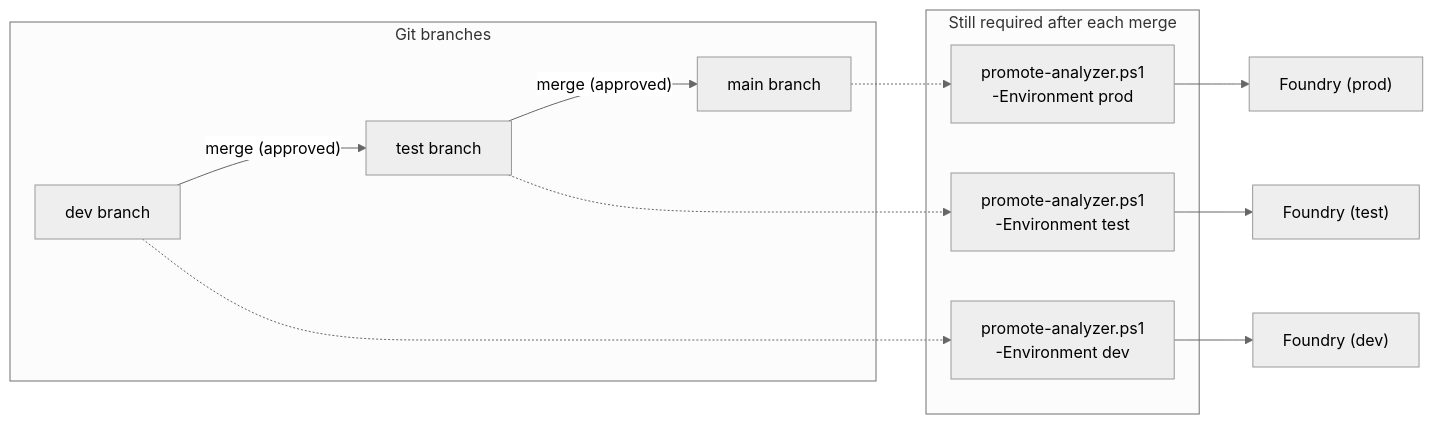
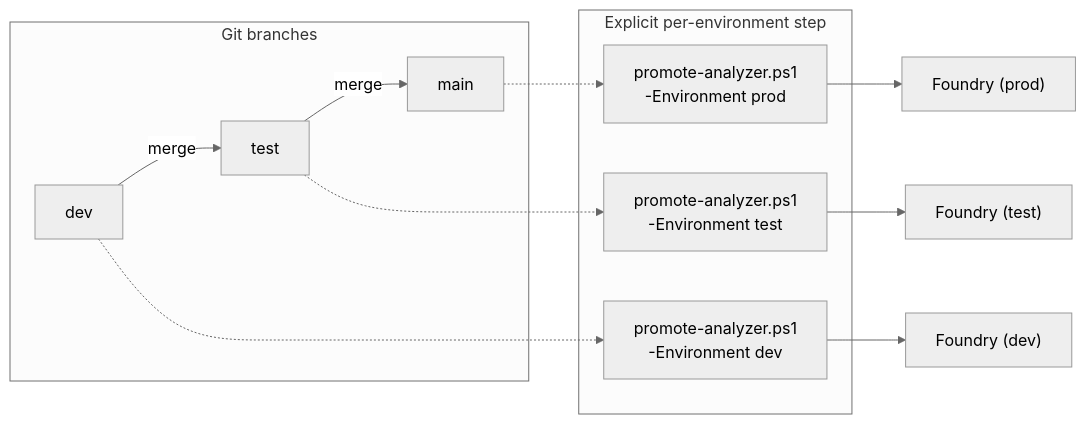
One commit to georgeollis/content-understanding-mlops changed the first of 2 diagrams in docs/mlops-pipeline.md. Above: the diagram before and after it, drawn with Mermaid (neutral theme). The commit also changed other lines of this file and 3 other files, not shown here.

First line of the commit message:
docs: rewrite README, mlops-pipeline, azure-foundry-architecture in technical reference style

````diff
--- a/docs/mlops-pipeline.md
+++ b/docs/mlops-pipeline.md
@@ -109,18 +150,18 @@
 ```mermaid
 graph LR
     subgraph GIT["Git branches"]
-        DEVBR["dev branch"] -->|"merge (approved)"| TESTBR["test branch"]
-        TESTBR -->|"merge (approved)"| MAINBR["main branch"]
+        DEVBR["dev"] -->|"merge"| TESTBR["test"]
+        TESTBR -->|"merge"| MAINBR["main"]
     end
-    subgraph DEPLOY["Still required after each merge"]
+    subgraph DEPLOY["Explicit per-environment step"]
         P1["promote-analyzer.ps1<br/>-Environment dev"]
         P2["promote-analyzer.ps1<br/>-Environment test"]
         P3["promote-analyzer.ps1<br/>-Environment prod"]
     end
     DEVBR -.-> P1
     TESTBR -.-> P2
     MAINBR -.-> P3
     P1 --> FDEV["Foundry (dev)"]
     P2 --> FTEST["Foundry (test)"]
     P3 --> FPROD["Foundry (prod)"]
 ```
````
